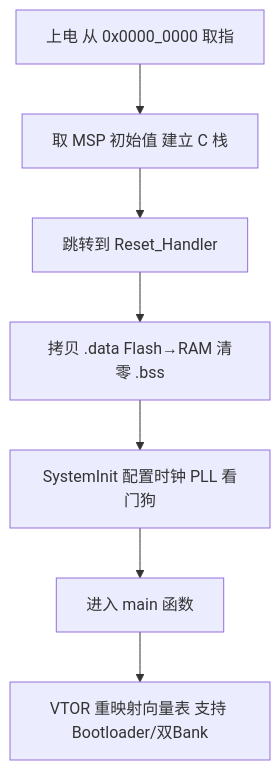
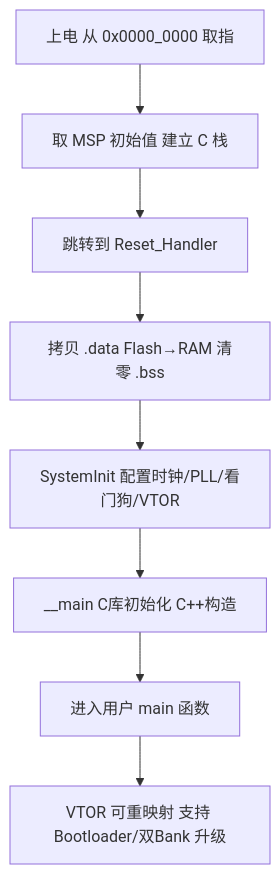
Diagram 11 of 13 in articles/01-arm-cortex-rm.md (1208826038/embedded-skill-notes), drawn with Mermaid before and after one commit. The commit also changed other lines of this file, not shown here.

````diff
--- a/articles/01-arm-cortex-rm.md
+++ b/articles/01-arm-cortex-rm.md
@@ -64,9 +740,10 @@
 ```mermaid
 graph TD
     A[上电 从 0x0000_0000 取指] --> B[取 MSP 初始值 建立 C 栈]
     B --> C[跳转到 Reset_Handler]
     C --> D[拷贝 .data Flash→RAM 清零 .bss]
-    D --> E[SystemInit 配置时钟 PLL 看门狗]
-    E --> F[进入 main 函数]
-    F --> G[VTOR 重映射向量表 支持 Bootloader/双Bank]
+    D --> E[SystemInit 配置时钟/PLL/看门狗/VTOR]
+    E --> F[__main C库初始化 C++构造]
+    F --> G[进入用户 main 函数]
+    G --> H[VTOR 可重映射 支持 Bootloader/双Bank 升级]
 ```
````
